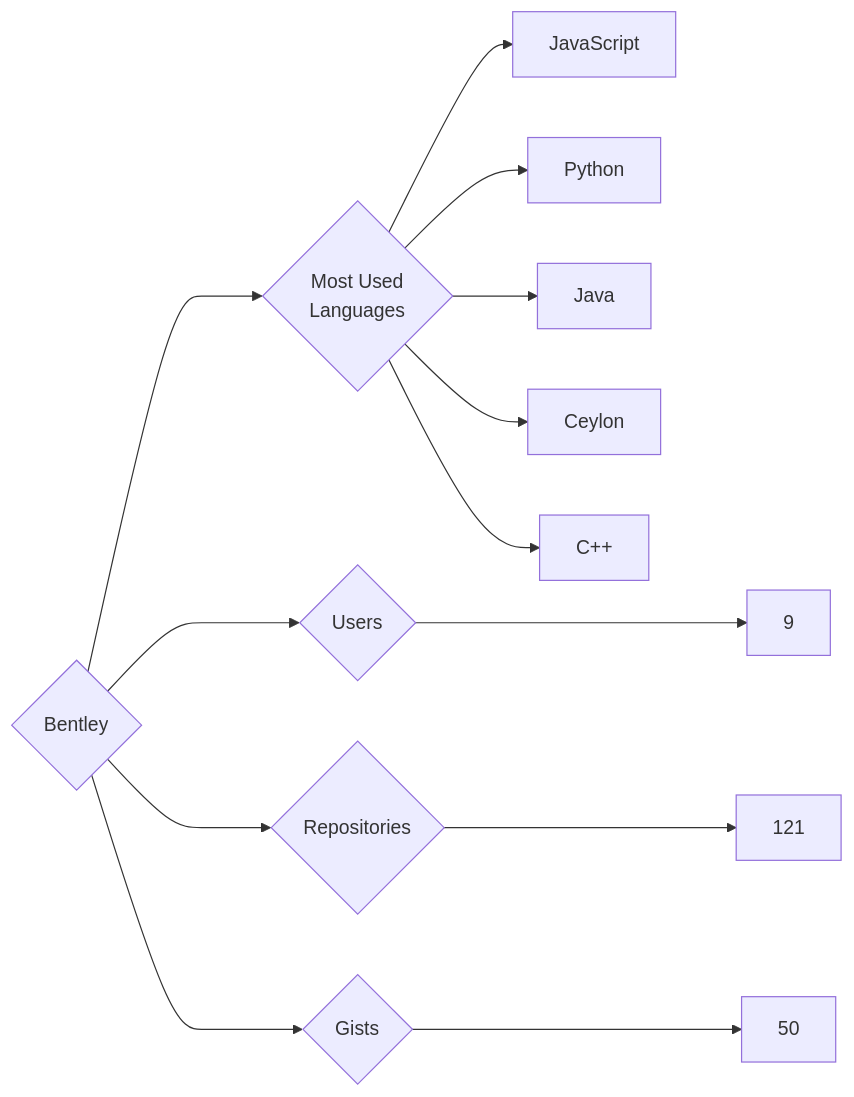
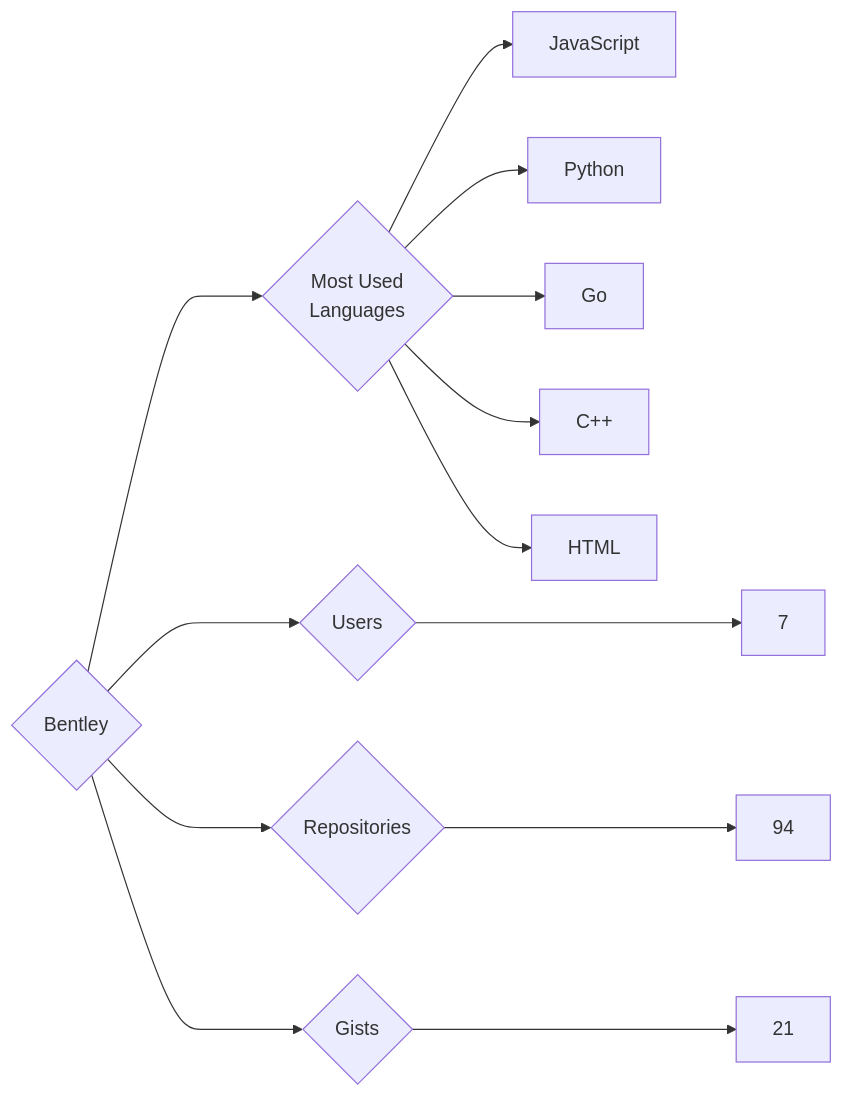
One commit to trickest/insiders changed the diagram in targets/Bentley/README.md. Above: the diagram before and after it, drawn with Mermaid. The commit also changed 1141 other files, not shown here.

````diff
--- a/targets/Bentley/README.md
+++ b/targets/Bentley/README.md
@@ -3,13 +3,13 @@
 ```mermaid
 graph LR
 COMPANY_NAME{Bentley}
-COMPANY_NAME ---> U{Users} ---> UN[9]
-COMPANY_NAME ---> R{Repositories} ---> RN[121]
-COMPANY_NAME ---> G{Gists} ---> GN[50]
+COMPANY_NAME ---> U{Users} ---> UN[7]
+COMPANY_NAME ---> R{Repositories} ---> RN[94]
+COMPANY_NAME ---> G{Gists} ---> GN[21]
 COMPANY_NAME ---> ML{Most Used<br>Languages}
 ML --> JavaScript[JavaScript]
 ML --> Python[Python]
-ML --> Java[Java]
-ML --> Ceylon[Ceylon]
+ML --> Go[Go]
 ML --> C++[C++]
+ML --> HTML[HTML]
 ```
````
